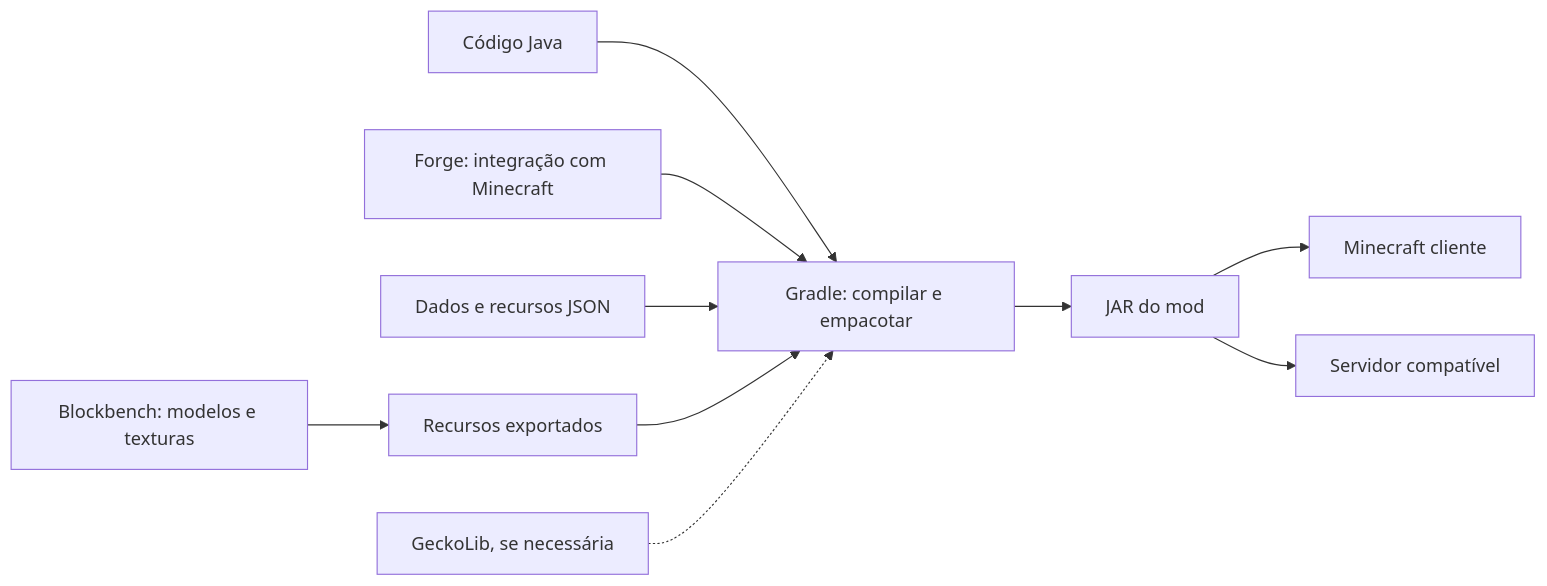
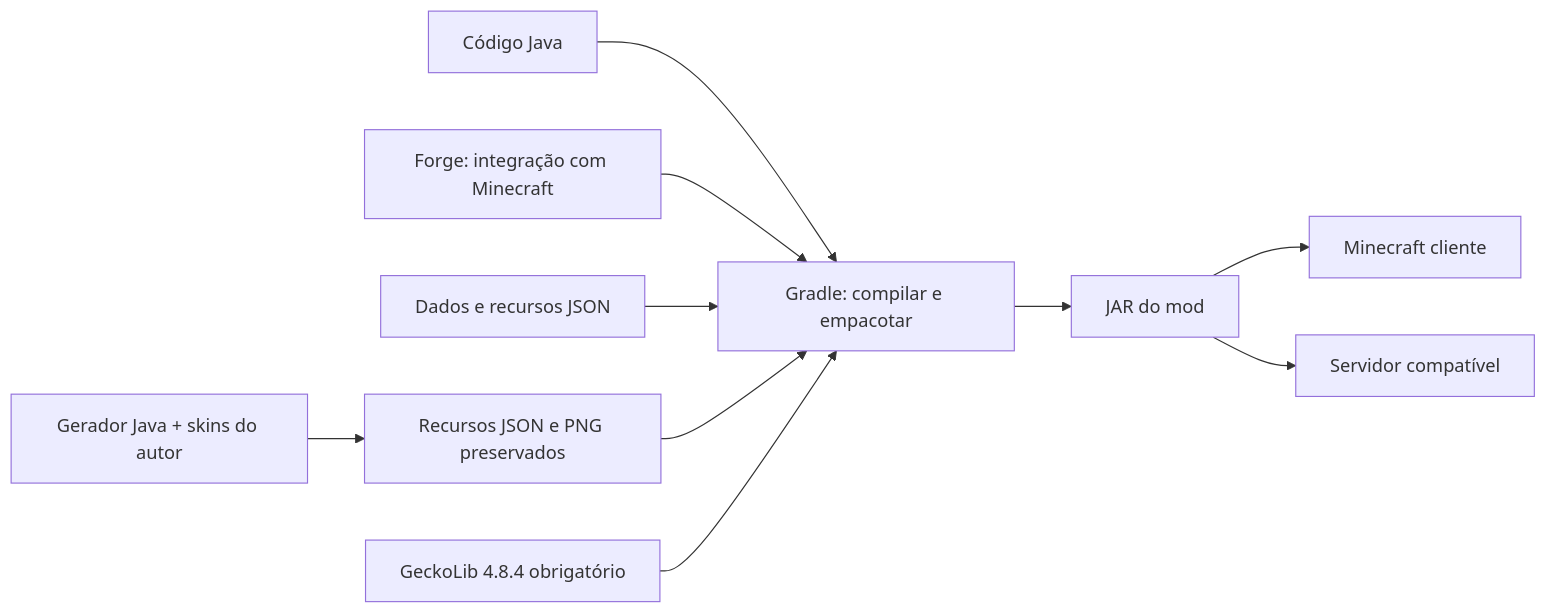
The seventh of 18 diagrams in README.md (GabrielKraemer2805/A-Guerra-Ezuberante), drawn with Mermaid before and after one commit. The commit also changed other lines of this file and 67 other files, not shown here.

````diff
--- a/README.md
+++ b/README.md
@@ -402,12 +563,12 @@
 ```mermaid
 flowchart LR
     J["Código Java"] --> G["Gradle: compilar e empacotar"]
     N["Forge: integração com Minecraft"] --> G
     D["Dados e recursos JSON"] --> G
-    B["Blockbench: modelos e texturas"] --> R["Recursos exportados"]
+    B["Gerador Java + skins do autor"] --> R["Recursos JSON e PNG preservados"]
     R --> G
-    K["GeckoLib, se necessária"] -.-> G
+    K["GeckoLib 4.8.4 obrigatório"] --> G
     G --> M["JAR do mod"]
     M --> C["Minecraft cliente"]
     M --> S["Servidor compatível"]
 ```
````
